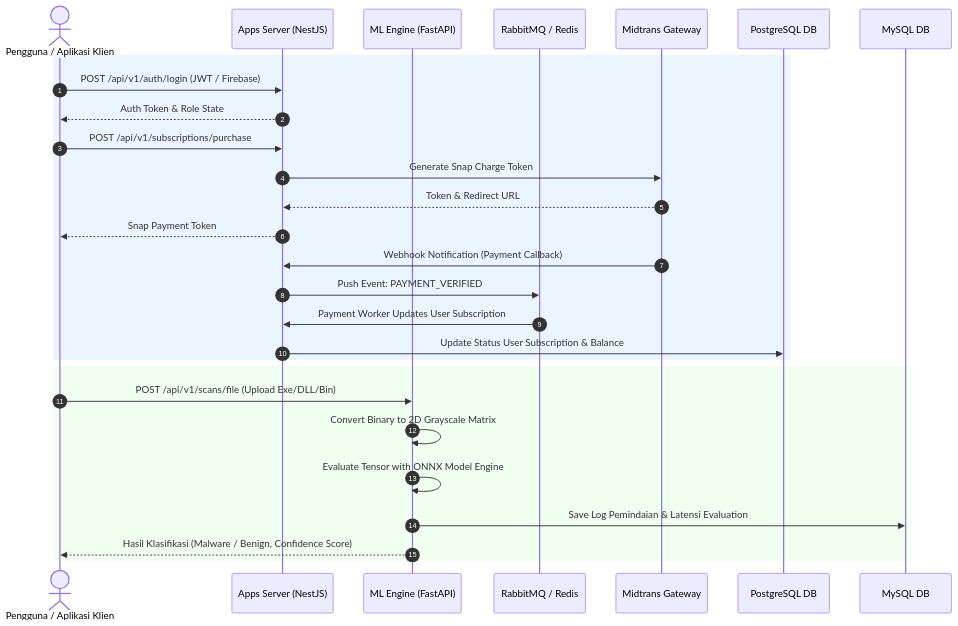
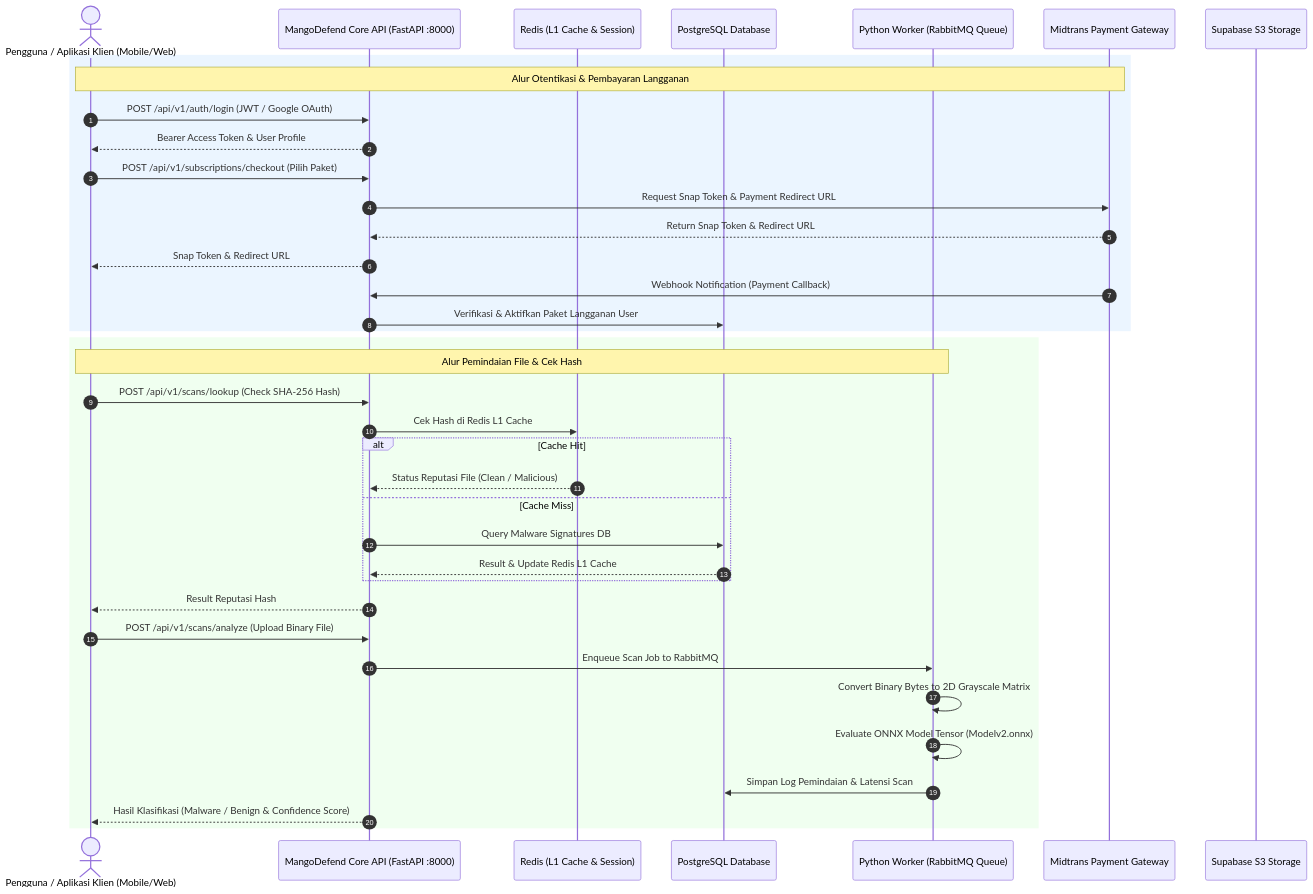
One commit to fahdaja/mangodefend changed the diagram in DOCUMENTATION.md. Above: the diagram before and after it, drawn with Mermaid. The commit also changed other lines of this file and 126 other files, not shown here.

Commit message:
refactor: remove legacy mangodefend-apps-server and update documentation

````diff
--- a/DOCUMENTATION.md
+++ b/DOCUMENTATION.md
@@ -36,34 +39,45 @@
 ```mermaid
 sequenceDiagram
     autonumber
-    actor User as Pengguna / Aplikasi Klien
-    participant AppServer as Apps Server (NestJS)
-    participant MLServer as ML Engine (FastAPI)
-    participant Queue as RabbitMQ / Redis
-    participant Payment as Midtrans Gateway
-    participant DBApp as PostgreSQL DB
-    participant DBML as MySQL DB
+    actor User as Pengguna / Aplikasi Klien (Mobile/Web)
+    participant CoreAPI as MangoDefend Core API (FastAPI :8000)
+    participant RedisDB as Redis (L1 Cache & Session)
+    participant PostgresDB as PostgreSQL Database
+    participant Worker as Python Worker (RabbitMQ Queue)
+    participant Midtrans as Midtrans Payment Gateway
+    participant Storage as Supabase S3 Storage
 
     %% Transaksi & Langganan
     rect rgb(235, 245, 255)
-        User->>AppServer: POST /api/v1/auth/login (JWT / Firebase)
-        AppServer-->>User: Auth Token & Role State
-        User->>AppServer: POST /api/v1/subscriptions/purchase
-        AppServer->>Payment: Generate Snap Charge Token
-        Payment-->>AppServer: Token & Redirect URL
-        AppServer-->>User: Snap Payment Token
-        Payment->>AppServer: Webhook Notification (Payment Callback)
-        AppServer->>Queue: Push Event: PAYMENT_VERIFIED
-        Queue->>AppServer: Payment Worker Updates User Subscription
-        AppServer->>DBApp: Update Status User Subscription & Balance
+        note over User, Midtrans: Alur Otentikasi & Pembayaran Langganan
+        User->>CoreAPI: POST /api/v1/auth/login (JWT / Google OAuth)
+        CoreAPI-->>User: Bearer Access Token & User Profile
+        User->>CoreAPI: POST /api/v1/subscriptions/checkout (Pilih Paket)
+        CoreAPI->>Midtrans: Request Snap Token & Payment Redirect URL
+        Midtrans-->>CoreAPI: Return Snap Token & Redirect URL
+        CoreAPI-->>User: Snap Token & Redirect URL
+        Midtrans->>CoreAPI: Webhook Notification (Payment Callback)
+        CoreAPI->>PostgresDB: Verifikasi & Aktifkan Paket Langganan User
     end
 
     %% Pemindaian File ML
     rect rgb(240, 255, 240)
-        User->>MLServer: POST /api/v1/scans/file (Upload Exe/DLL/Bin)
-        MLServer->>MLServer: Convert Binary to 2D Grayscale Matrix
-        MLServer->>MLServer: Evaluate Tensor with ONNX Model Engine
-        MLServer->>DBML: Save Log Pemindaian & Latensi Evaluation
-        MLServer-->>User: Hasil Klasifikasi (Malware / Benign, Confidence Score)
+        note over User, Worker: Alur Pemindaian File & Cek Hash
+        User->>CoreAPI: POST /api/v1/scans/lookup (Check SHA-256 Hash)
+        CoreAPI->>RedisDB: Cek Hash di Redis L1 Cache
+        alt Cache Hit
+            RedisDB-->>CoreAPI: Status Reputasi File (Clean / Malicious)
+        else Cache Miss
+            CoreAPI->>PostgresDB: Query Malware Signatures DB
+            PostgresDB-->>CoreAPI: Result & Update Redis L1 Cache
+        end
+        CoreAPI-->>User: Result Reputasi Hash
+
+        User->>CoreAPI: POST /api/v1/scans/analyze (Upload Binary File)
+        CoreAPI->>Worker: Enqueue Scan Job to RabbitMQ
+        Worker->>Worker: Convert Binary Bytes to 2D Grayscale Matrix
+        Worker->>Worker: Evaluate ONNX Model Tensor (Modelv2.onnx)
+        Worker->>PostgresDB: Simpan Log Pemindaian & Latensi Scan
+        CoreAPI-->>User: Hasil Klasifikasi (Malware / Benign & Confidence Score)
     end
 ```
````
